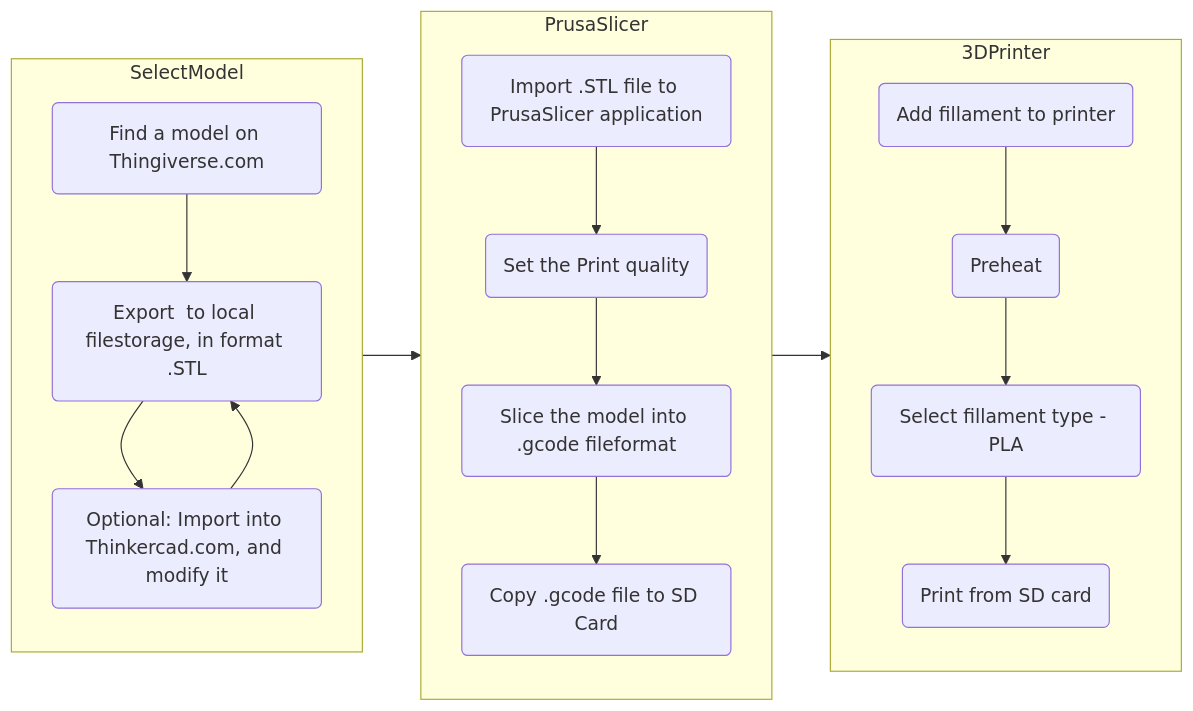
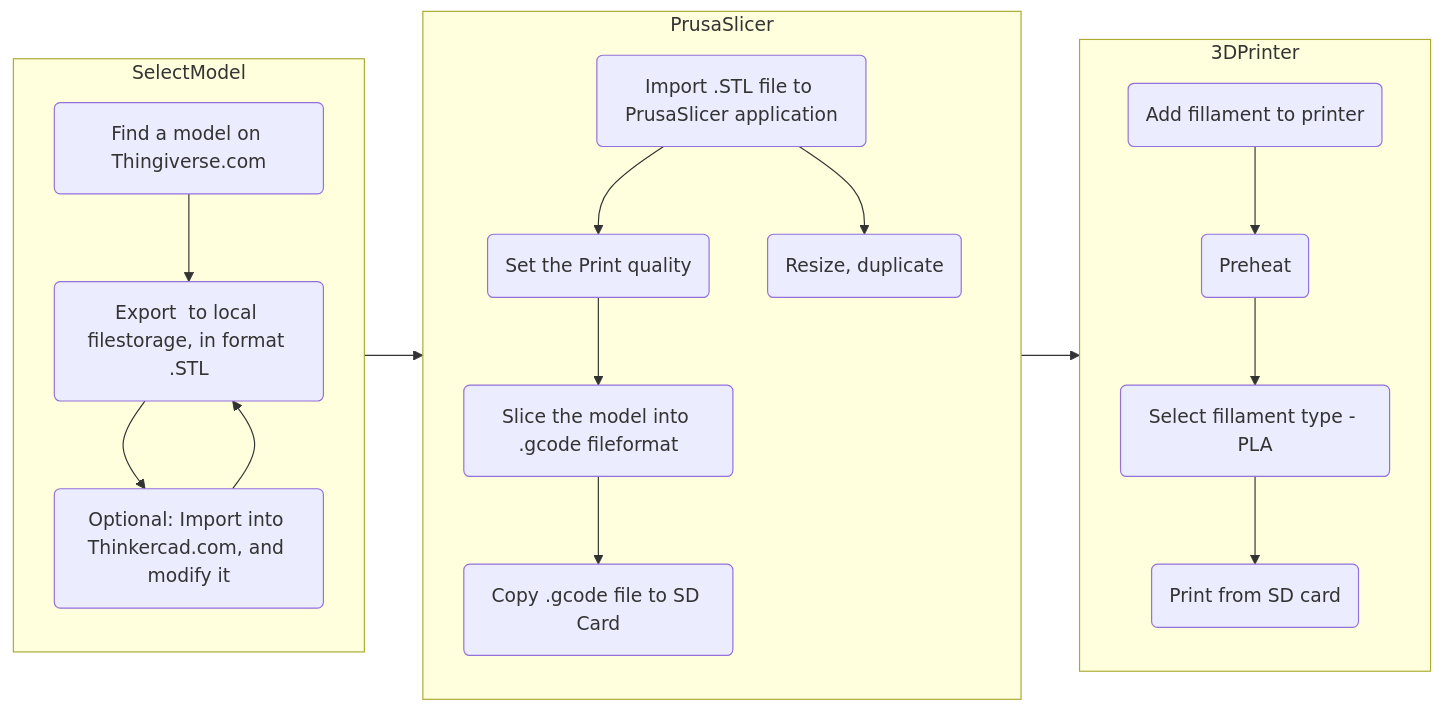
Before and after one commit to marmid74/playground: the diagram in README.md, drawn with Mermaid.

````diff
--- a/README.md
+++ b/README.md
@@ -2,29 +2,36 @@
 ```mermaid
   flowchart LR;
     subgraph SelectModel
     direction TB
     A(Find a model on Thingiverse.com)
     C(Optional: Import into Thinkercad.com, and modify it)
     D(Export  to local filestorage, in format .STL)
     A-->D
     D-->C
     C-->D 
     end
 
     subgraph PrusaSlicer
     direction TB
-    E(Import .STL file to PrusaSlicer application)-->F(Set the Print quality)
-    F-->G(Slice the model into .gcode fileformat)
-    G-->H(Copy .gcode file to SD Card)
+    E(Import .STL file to PrusaSlicer application)
+    E2(Resize, duplicate)
+    F(Set the Print quality)
+    G(Slice the model into .gcode fileformat)
+    H(Copy .gcode file to SD Card)
+
+    E-->F
+    E-->E2
+    F-->G
+    G-->H
     end
 
     subgraph 3DPrinter
     direction TB
     I(Add fillament to printer)-->J(Preheat)
     J-->K(Select fillament type - PLA)
     K-->L(Print from SD card)
     end
 
   SelectModel-->PrusaSlicer-->3DPrinter
 
 ```
````
